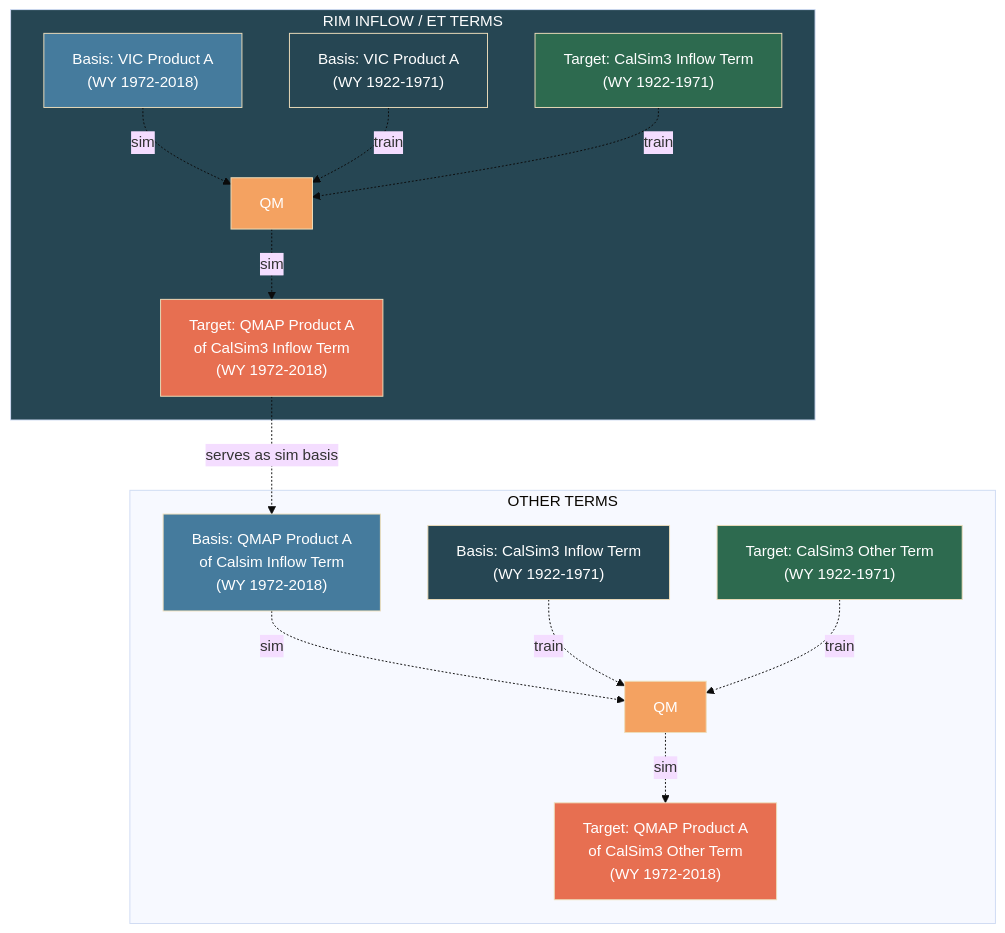
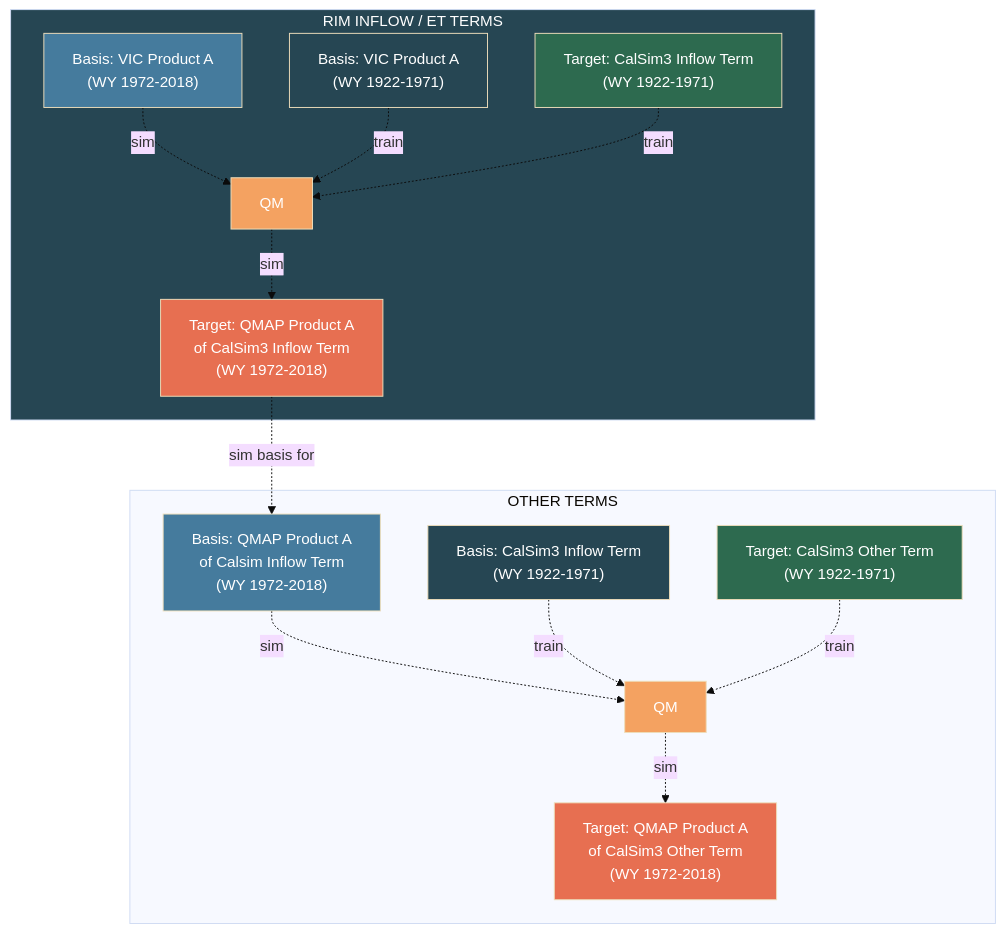
The third of 4 diagrams in docs/source/methods.md (CentralValleyModeling/calsim3-stochastic-input-generation), drawn with Mermaid (base theme) before and after one commit. The commit also changed other lines of this file and 24 other files, not shown here.

````diff
--- a/docs/source/methods.md
+++ b/docs/source/methods.md
@@ -136,29 +136,29 @@
 ```{mermaid}
 flowchart TB
     subgraph rim_a["RIM INFLOW / ET TERMS"]
         RA_sim["Basis: VIC Product A<br/>(WY 1972-2018)"] -. sim .-> RA_qm["QM"] 
         RA_basis["Basis: VIC Product A<br/>(WY 1922-1971)"] -. train .-> RA_qm
         RA_target["Target: CalSim3 Inflow Term<br/>(WY 1922-1971)"] -. train .-> RA_qm -. sim .-> RA_out["Target: QMAP Product A<br/>of CalSim3 Inflow Term<br/>(WY 1972-2018)"]
     end
 
     subgraph other_a["OTHER TERMS"]
     
         OA_sim["Basis: QMAP Product A<br/>of Calsim Inflow Term<br/>(WY 1972-2018)"] -.sim .-> OA_qm["QM"]
         OA_basis["Basis: CalSim3 Inflow Term<br/>(WY 1922-1971)"] -. train .-> OA_qm
         OA_target["Target: CalSim3 Other Term<br/>(WY 1922-1971)"] -. train .-> OA_qm -. sim .-> OA_out["Target: QMAP Product A<br/>of CalSim3 Other Term<br/>(WY 1972-2018)"]
     end
 
-    RA_out -.->|"serves as sim basis"| OA_sim
+    RA_out -.->|"sim basis for"| OA_sim
 
     style rim_a fill:#264653,color:#fff
     style RA_basis fill:#264653,color:#fff
     style RA_target fill:#2d6a4f,color:#fff
     style OA_basis fill:#264653,color:#fff
     style OA_target fill:#2d6a4f,color:#fff
     style RA_sim fill:#457b9d,color:#fff
     style OA_sim fill:#457b9d,color:#fff
     style RA_qm fill:#f4a261,color:#fff
     style OA_qm fill:#f4a261,color:#fff
     style RA_out fill:#e76f51,color:#fff
     style OA_out fill:#e76f51,color:#fff
 ```
````
